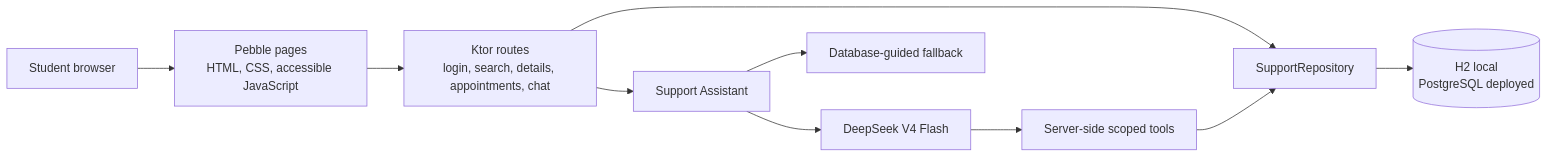
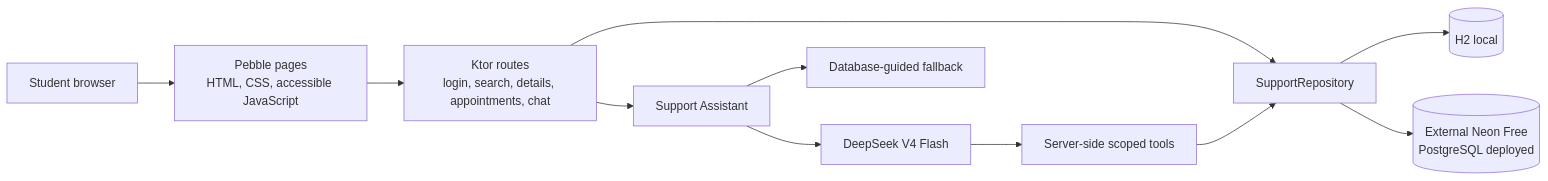
One commit to User-Experience-Research/User-Experience-Research-Prototype changed the diagram in docs/architecture.md. Above: the diagram before and after it, drawn with Mermaid. The commit also changed other lines of this file and 5 other files, not shown here.

First line of the commit message:
deploy: use external Neon PostgreSQL

````diff
--- a/docs/architecture.md
+++ b/docs/architecture.md
@@ -5,12 +5,13 @@
 ```mermaid
 flowchart LR
     Student["Student browser"] --> Pages["Pebble pages<br/>HTML, CSS, accessible JavaScript"]
     Pages --> Routes["Ktor routes<br/>login, search, details, appointments, chat"]
     Routes --> Repo["SupportRepository"]
-    Repo --> Database[("H2 local<br/>PostgreSQL deployed")]
+    Repo --> LocalDatabase[("H2 local")]
+    Repo --> Neon[("External Neon Free<br/>PostgreSQL deployed")]
     Routes --> Assistant["Support Assistant"]
     Assistant --> Fallback["Database-guided fallback"]
     Assistant --> DeepSeek["DeepSeek V4 Flash"]
     DeepSeek --> Tools["Server-side scoped tools"]
     Tools --> Repo
 ```
````
